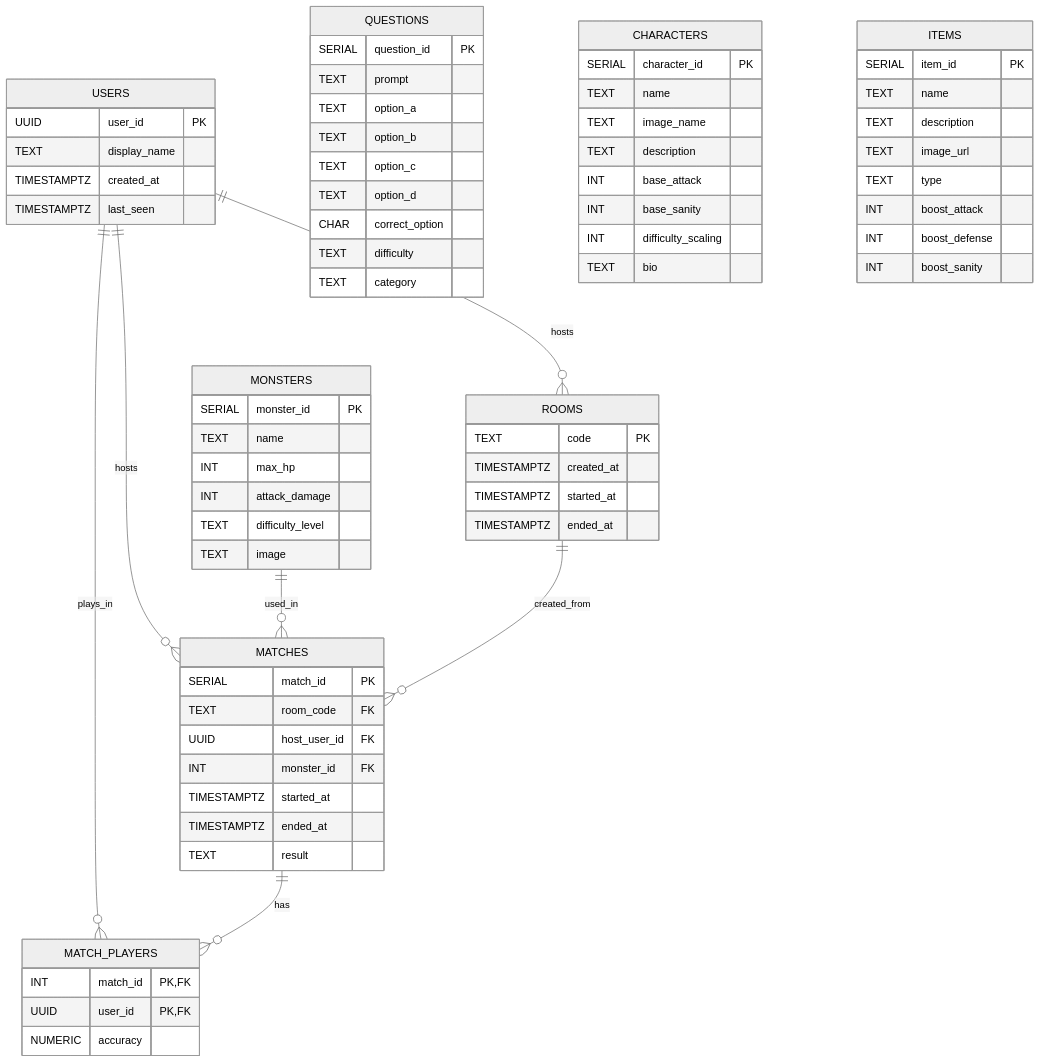
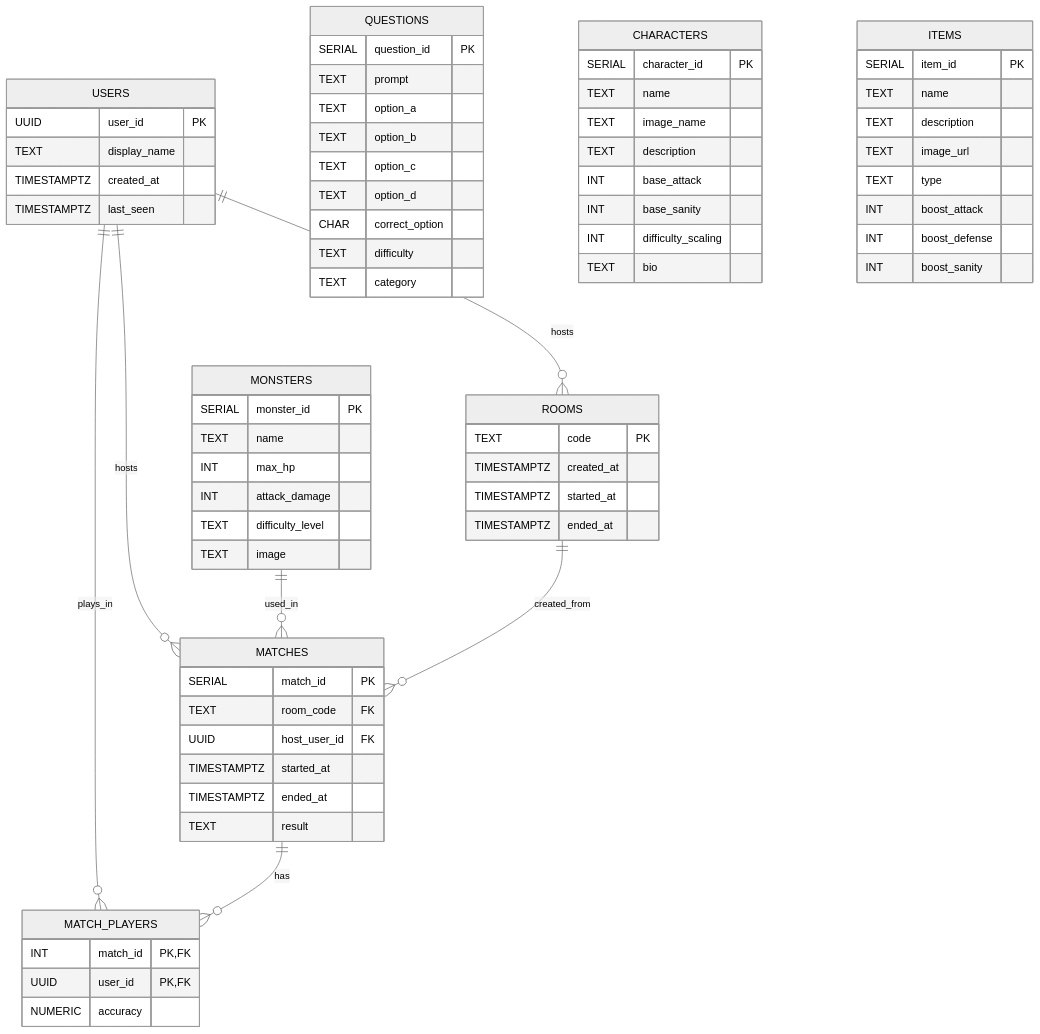
One commit to vertigo1919/eldritch-backend changed the diagram in docs/planning/backend-draft.md. Above: the diagram before and after it, drawn with Mermaid (neutral theme).

Commit message:
Remove monster_id FK from MATCHES table
Removed monster_id foreign key from MATCHES table.

```diff
--- a/docs/planning/backend-draft.md
+++ b/docs/planning/backend-draft.md
@@ -54,7 +54,6 @@
     SERIAL match_id PK
     TEXT room_code FK
     UUID host_user_id FK
-    INT monster_id FK
     TIMESTAMPTZ started_at
     TIMESTAMPTZ ended_at
     TEXT result
```
